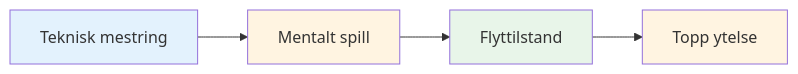
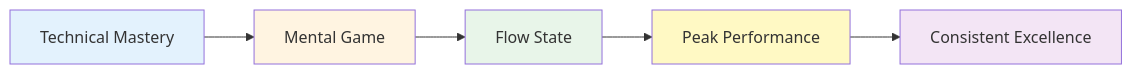
One commit to patwii/petanque-academy changed the second of 2 diagrams in docs/no/news/index.md. Above: the diagram before and after it, drawn with Mermaid. The commit also changed other lines of this file and 10 other files, not shown here.

````diff
--- a/docs/no/news/index.md
+++ b/docs/no/news/index.md
@@ -47,11 +82,13 @@
 ```mermaid
 graph LR
-    A[Teknisk mestring] --> B[Mentalt spill]
-    B --> C[Flyttilstand]
-    C --> D[Topp ytelse]
+    A[Technical Mastery] --> B[Mental Game]
+    B --> C[Flow State]
+    C --> D[Peak Performance]
+    D --> E[Consistent Excellence]
 
     style A fill:#e3f2fd
     style B fill:#fff4e1
     style C fill:#e8f5e9
-    style D fill:#fff4e1
+    style D fill:#fff9c4
+    style E fill:#f3e5f5
 ```
````
